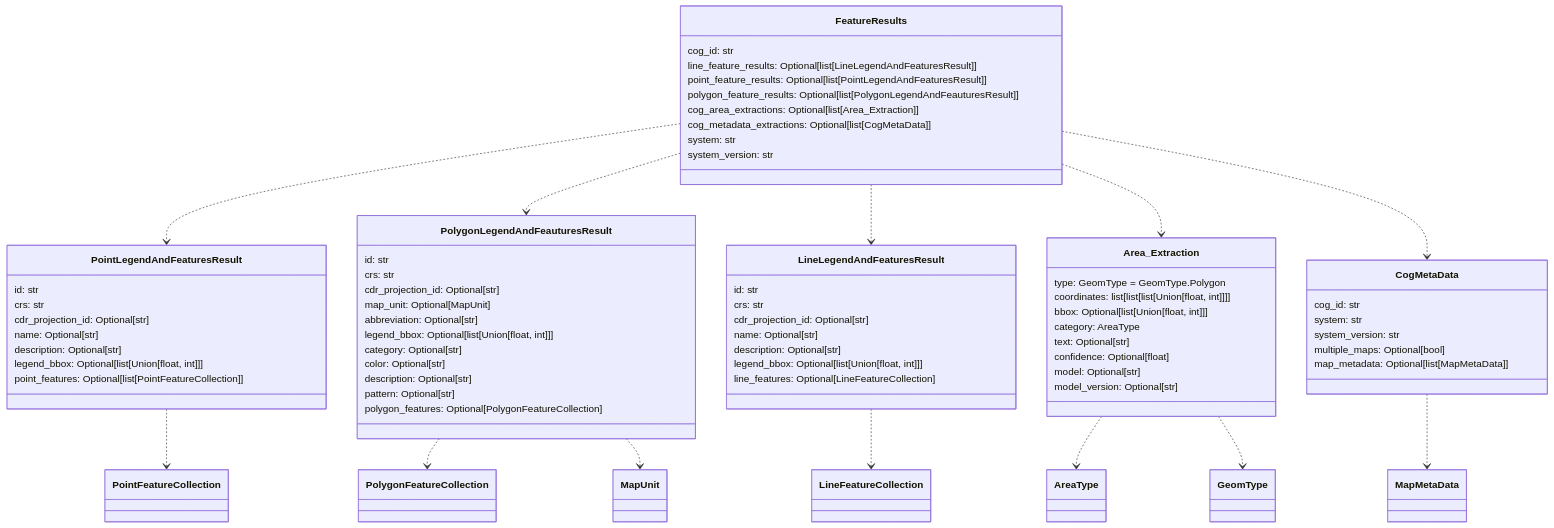
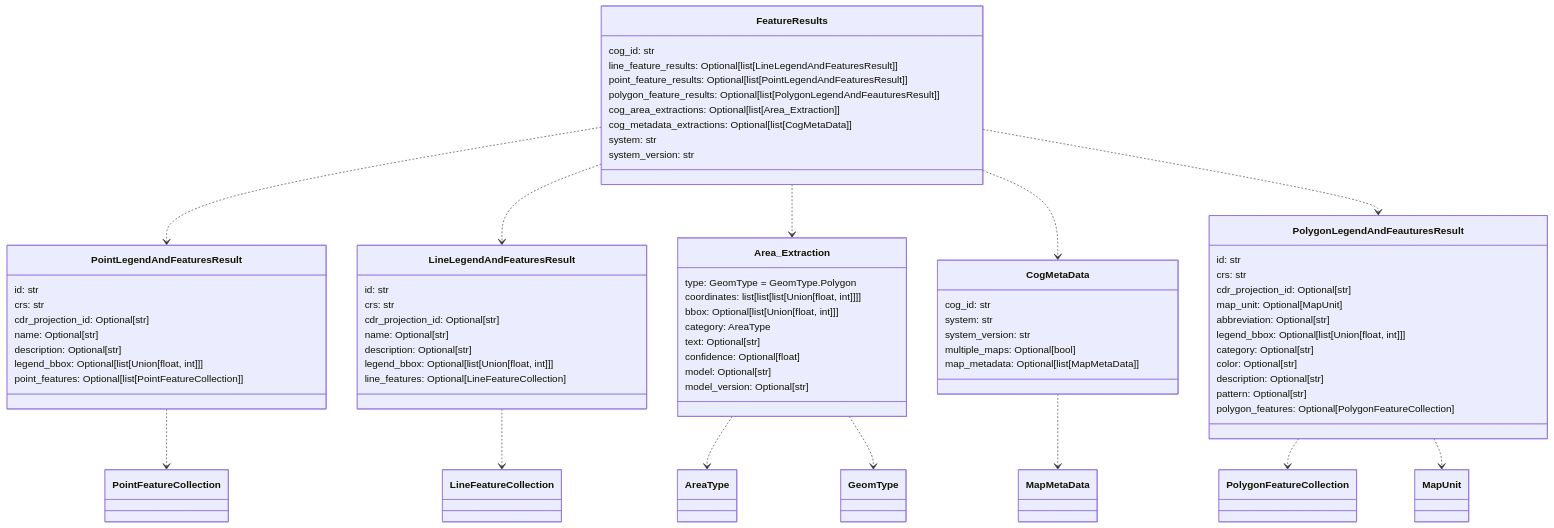
Before and after one commit to DARPA-CRITICALMAAS/cdr_schemas: the fourth of 12 diagrams in README.md, drawn with Mermaid. The commit also changed other lines of this file and 2 other files, not shown here.

````diff
--- a/README.md
+++ b/README.md
@@ -235,82 +235,82 @@
 ```mermaid
 classDiagram
+
+    class FeatureResults {
+        cog_id: str
+        line_feature_results: Optional[list[LineLegendAndFeaturesResult]]
+        point_feature_results: Optional[list[PointLegendAndFeaturesResult]]
+        polygon_feature_results: Optional[list[PolygonLegendAndFeauturesResult]]
+        cog_area_extractions: Optional[list[Area_Extraction]]
+        cog_metadata_extractions: Optional[list[CogMetaData]]
+        system: str
+        system_version: str
+    }
 
     class PointLegendAndFeaturesResult {
         id: str
         crs: str
         cdr_projection_id: Optional[str]
         name: Optional[str]
         description: Optional[str]
         legend_bbox: Optional[list[Union[float, int]]]
         point_features: Optional[list[PointFeatureCollection]]
-    }
-
-    class PolygonLegendAndFeauturesResult {
-        id: str
-        crs: str
-        cdr_projection_id: Optional[str]
-        map_unit: Optional[MapUnit]
-        abbreviation: Optional[str]
-        legend_bbox: Optional[list[Union[float, int]]]
-        category: Optional[str]
-        color: Optional[str]
-        description: Optional[str]
-        pattern: Optional[str]
-        polygon_features: Optional[PolygonFeatureCollection]
     }
 
     class LineLegendAndFeaturesResult {
         id: str
         crs: str
         cdr_projection_id: Optional[str]
         name: Optional[str]
         description: Optional[str]
         legend_bbox: Optional[list[Union[float, int]]]
         line_features: Optional[LineFeatureCollection]
     }
 
     class Area_Extraction {
         type: GeomType = GeomType.Polygon
         coordinates: list[list[list[Union[float, int]]]]
         bbox: Optional[list[Union[float, int]]]
         category: AreaType
         text: Optional[str]
         confidence: Optional[float]
         model: Optional[str]
         model_version: Optional[str]
     }
 
     class CogMetaData {
         cog_id: str
         system: str
         system_version: str
         multiple_maps: Optional[bool]
         map_metadata: Optional[list[MapMetaData]]
     }
 
-    class FeatureResults {
-        cog_id: str
-        line_feature_results: Optional[list[LineLegendAndFeaturesResult]]
-        point_feature_results: Optional[list[PointLegendAndFeaturesResult]]
-        polygon_feature_results: Optional[list[PolygonLegendAndFeauturesResult]]
-        cog_area_extractions: Optional[list[Area_Extraction]]
-        cog_metadata_extractions: Optional[list[CogMetaData]]
-        system: str
-        system_version: str
+    class PolygonLegendAndFeauturesResult {
+        id: str
+        crs: str
+        cdr_projection_id: Optional[str]
+        map_unit: Optional[MapUnit]
+        abbreviation: Optional[str]
+        legend_bbox: Optional[list[Union[float, int]]]
+        category: Optional[str]
+        color: Optional[str]
+        description: Optional[str]
+        pattern: Optional[str]
+        polygon_features: Optional[PolygonFeatureCollection]
     }
 
     Area_Extraction ..> AreaType
     Area_Extraction ..> GeomType
     LineLegendAndFeaturesResult ..> LineFeatureCollection
     PointLegendAndFeaturesResult ..> PointFeatureCollection
     PolygonLegendAndFeauturesResult ..> PolygonFeatureCollection
     PolygonLegendAndFeauturesResult ..> MapUnit
     CogMetaData ..> MapMetaData
     FeatureResults ..> PointLegendAndFeaturesResult
-    FeatureResults ..> PolygonLegendAndFeauturesResult
     FeatureResults ..> LineLegendAndFeaturesResult
     FeatureResults ..> Area_Extraction
     FeatureResults ..> CogMetaData
+    FeatureResults ..> PolygonLegendAndFeauturesResult
 
 
 ```
````
